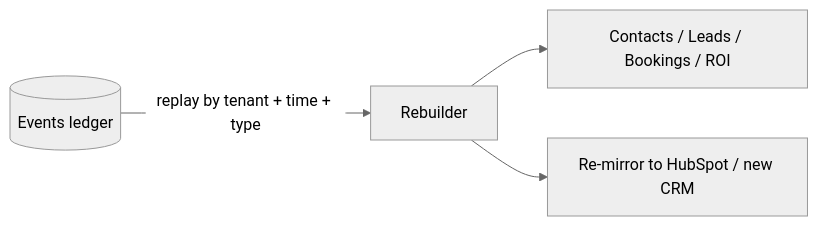
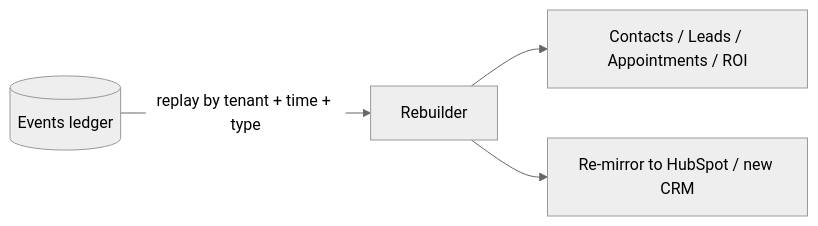
One commit to AudioJones-Dev/responseos changed the diagram in docs/architecture/RESPONSEOS_EVENT_SCHEMA.md. Above: the diagram before and after it, drawn with Mermaid (neutral theme). The commit also changed 33 other files, not shown here.

````diff
--- a/docs/architecture/RESPONSEOS_EVENT_SCHEMA.md
+++ b/docs/architecture/RESPONSEOS_EVENT_SCHEMA.md
@@ -153,6 +153,6 @@
 ```mermaid
 flowchart LR
   E[(Events ledger)] -->|replay by tenant + time + type| RB[Rebuilder]
-  RB --> FACTS[Contacts / Leads / Bookings / ROI]
+  RB --> FACTS[Contacts / Leads / Appointments / ROI]
   RB --> CRMOUT[Re-mirror to HubSpot / new CRM]
 ```
````
